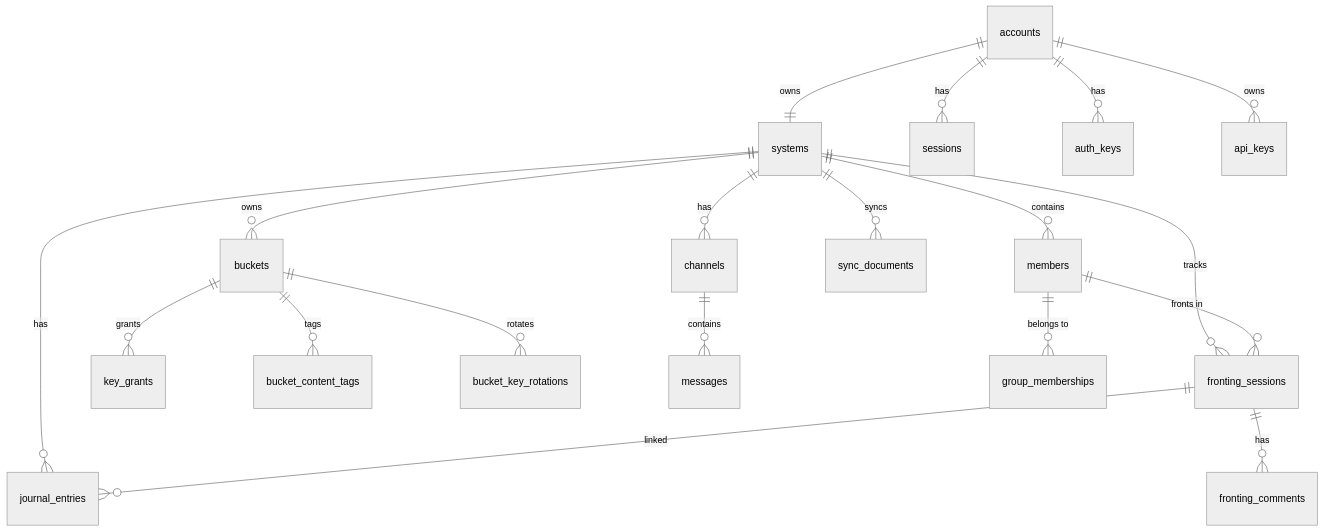
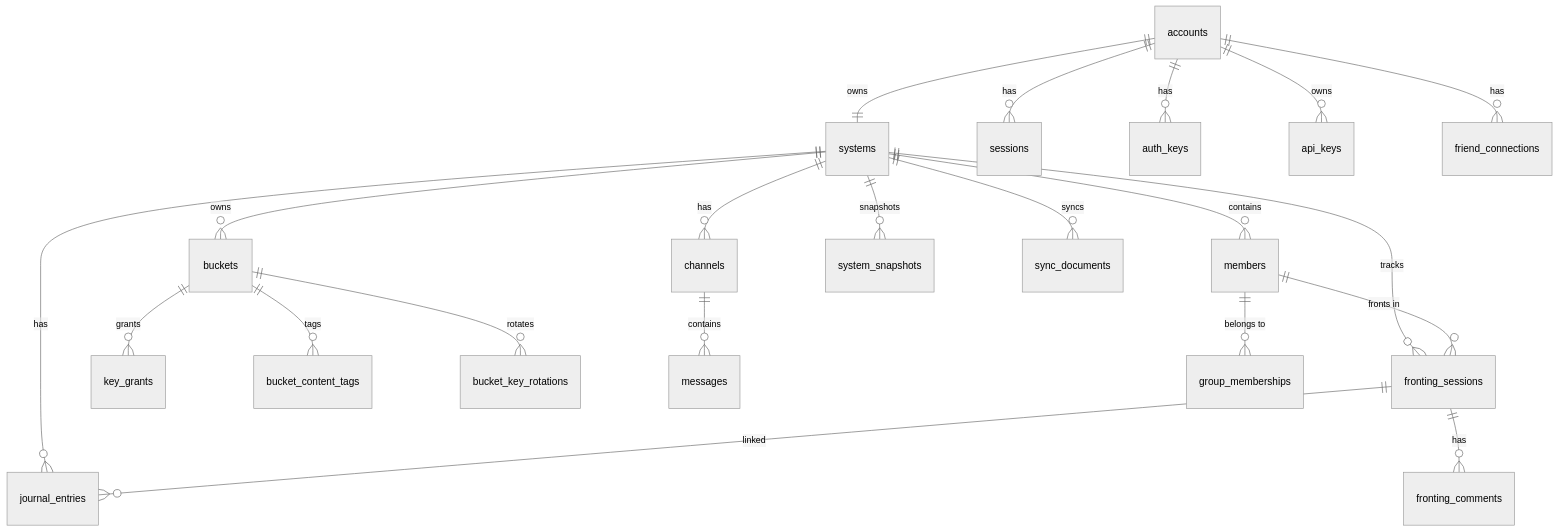
Before and after one commit to ThePrismSystem/pluralscape-mono: diagram 21 of 21 in docs/database-schema.md, drawn with Mermaid (neutral theme). The commit also changed other lines of this file and 19 other files, not shown here.

First line of the commit message:
docs: update schema doc and future-features for PR #89 changes (#102)

````diff
--- a/docs/database-schema.md
+++ b/docs/database-schema.md
@@ -1062,21 +1090,23 @@
 ```mermaid
 erDiagram
     accounts ||--|| systems : "owns"
     accounts ||--o{ sessions : "has"
     accounts ||--o{ auth_keys : "has"
     accounts ||--o{ api_keys : "owns"
+    accounts ||--o{ friend_connections : "has"
     systems ||--o{ members : "contains"
     systems ||--o{ buckets : "owns"
     systems ||--o{ fronting_sessions : "tracks"
     systems ||--o{ channels : "has"
     systems ||--o{ journal_entries : "has"
+    systems ||--o{ system_snapshots : "snapshots"
     systems ||--o{ sync_documents : "syncs"
     buckets ||--o{ key_grants : "grants"
     buckets ||--o{ bucket_content_tags : "tags"
     buckets ||--o{ bucket_key_rotations : "rotates"
     fronting_sessions ||--o{ fronting_comments : "has"
     fronting_sessions ||--o{ journal_entries : "linked"
     channels ||--o{ messages : "contains"
     members ||--o{ group_memberships : "belongs to"
     members ||--o{ fronting_sessions : "fronts in"
 ```
````
